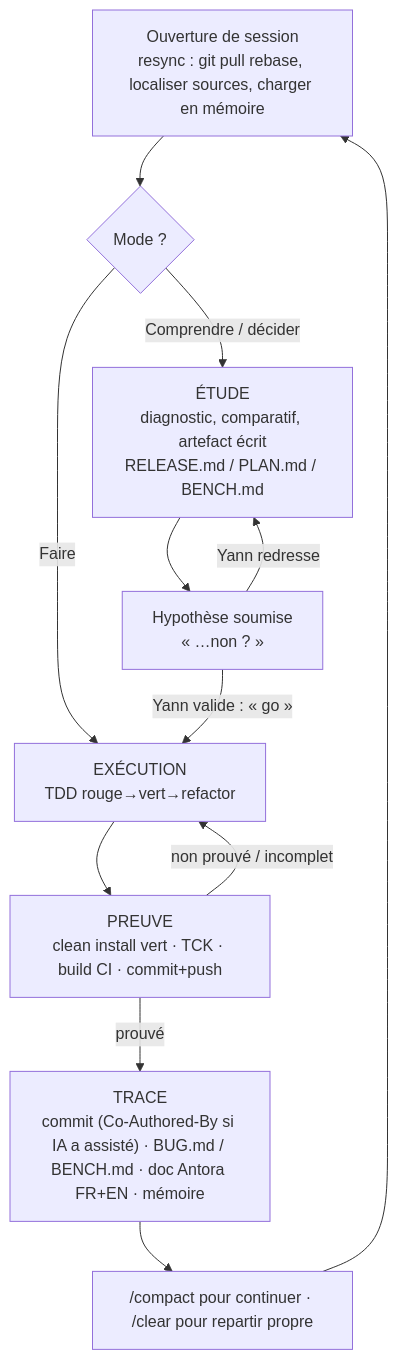
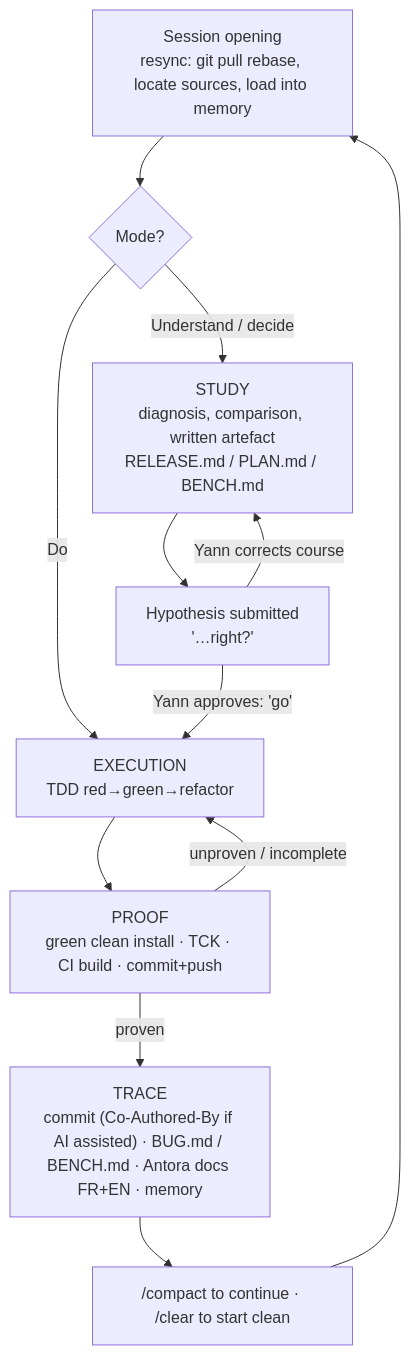
Before and after one commit to vidocq-stack/vidocq-workspace: the first of 4 diagrams in WORK_WITH_CLAUDE.md, drawn with Mermaid. The commit also changed other lines of this file, not shown here.

````diff
--- a/WORK_WITH_CLAUDE.md
+++ b/WORK_WITH_CLAUDE.md
@@ -51,14 +52,14 @@
 ```mermaid
 flowchart TD
-    A["Ouverture de session<br/>resync : git pull rebase, localiser sources, charger en mémoire"] --> B{"Mode ?"}
-    B -->|"Comprendre / décider"| C["ÉTUDE<br/>diagnostic, comparatif, artefact écrit<br/>RELEASE.md / PLAN.md / BENCH.md"]
-    B -->|"Faire"| D["EXÉCUTION<br/>TDD rouge→vert→refactor"]
-    C --> E["Hypothèse soumise<br/>« …non ? »"]
-    E -->|"Yann valide : « go »"| D
-    E -->|"Yann redresse"| C
-    D --> F["PREUVE<br/>clean install vert · TCK · build CI · commit+push"]
-    F -->|"non prouvé / incomplet"| D
-    F -->|"prouvé"| G["TRACE<br/>commit (Co-Authored-By si IA a assisté) · BUG.md / BENCH.md · doc Antora FR+EN · mémoire"]
-    G --> H["/compact pour continuer · /clear pour repartir propre"]
+    A["Session opening<br/>resync: git pull rebase, locate sources, load into memory"] --> B{"Mode?"}
+    B -->|"Understand / decide"| C["STUDY<br/>diagnosis, comparison, written artefact<br/>RELEASE.md / PLAN.md / BENCH.md"]
+    B -->|"Do"| D["EXECUTION<br/>TDD red→green→refactor"]
+    C --> E["Hypothesis submitted<br/>'…right?'"]
+    E -->|"Yann approves: 'go'"| D
+    E -->|"Yann corrects course"| C
+    D --> F["PROOF<br/>green clean install · TCK · CI build · commit+push"]
+    F -->|"unproven / incomplete"| D
+    F -->|"proven"| G["TRACE<br/>commit (Co-Authored-By if AI assisted) · BUG.md / BENCH.md · Antora docs FR+EN · memory"]
+    G --> H["/compact to continue · /clear to start clean"]
     H --> A
 ```
````
